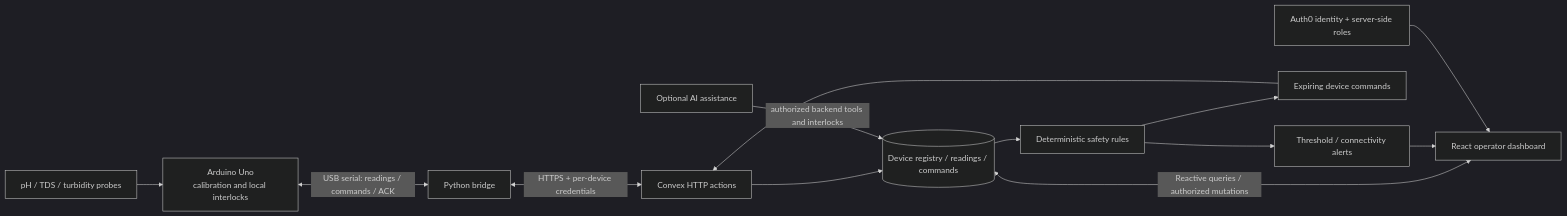
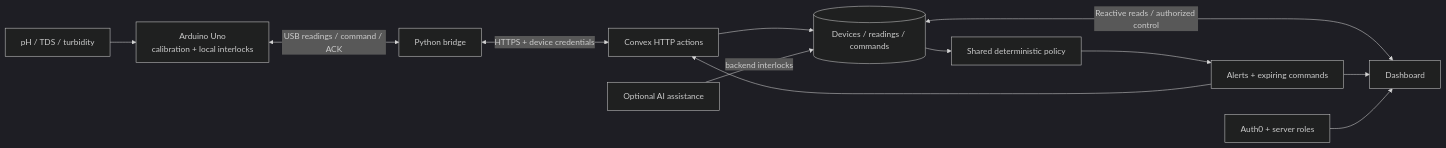
One commit to ethm09/DWMS-IoThon-2026 changed the diagram in docs/ARCHITECTURE.md. Above: the diagram before and after it, drawn with Mermaid (dark theme). The commit also changed other lines of this file and 15 other files, not shown here.

````diff
--- a/docs/ARCHITECTURE.md
+++ b/docs/ARCHITECTURE.md
@@ -5,15 +5,14 @@
 ```mermaid
 flowchart LR
-    S[pH / TDS / turbidity probes] --> E[Arduino Uno\ncalibration and local interlocks]
-    E <-->|USB serial: readings / commands / ACK| B[Python bridge]
-    B <-->|HTTPS + per-device credentials| H[Convex HTTP actions]
-    H --> D[(Device registry / readings / commands)]
-    D --> R[Deterministic safety rules]
-    R --> N[Threshold / connectivity alerts]
-    R --> C[Expiring device commands]
-    C --> H
-    D <-->|Reactive queries / authorized mutations| U[React operator dashboard]
-    N --> U
-    A[Auth0 identity + server-side roles] --> U
-    AI[Optional AI assistance] -->|authorized backend tools and interlocks| D
+    S[pH / TDS / turbidity] --> E[Arduino Uno\ncalibration + local interlocks]
+    E <-->|USB readings / command / ACK| B[Python bridge]
+    B <-->|HTTPS + device credentials| H[Convex HTTP actions]
+    H --> D[(Devices / readings / commands)]
+    D --> R[Shared deterministic policy]
+    R --> A[Alerts + expiring commands]
+    A --> H
+    D <-->|Reactive reads / authorized control| U[Dashboard]
+    A --> U
+    I[Auth0 + server roles] --> U
+    AI[Optional AI assistance] -->|backend interlocks| D
 ```
````
